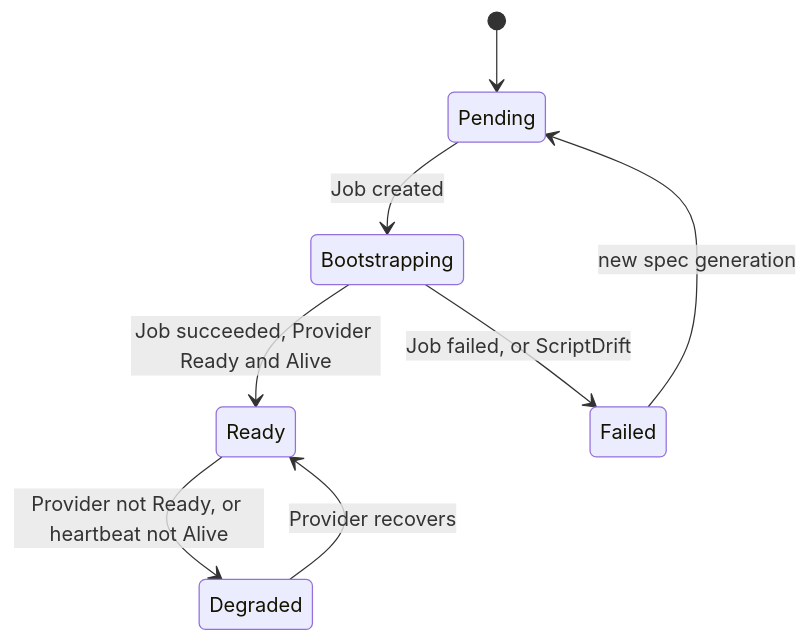
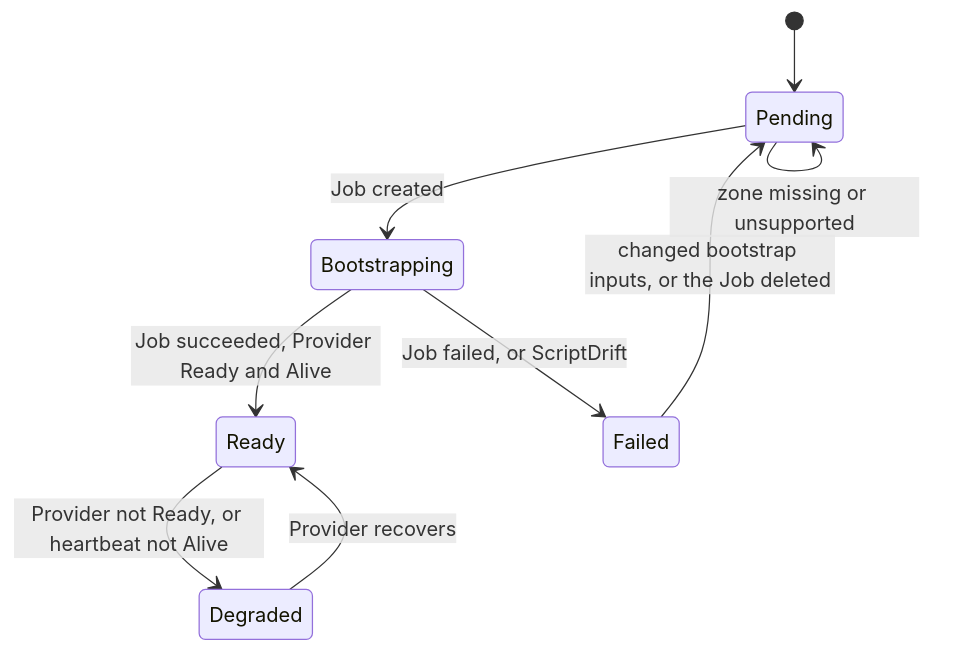
The second of 2 diagrams in docs/concepts.md (firestoned/faubourg), drawn with Mermaid before and after one commit. The commit also changed other lines of this file and 35 other files, not shown here.

First line of the commit message:
feat(controller): the Host reconciler (ADR-0009, roadmap 01) (#5)

````diff
--- a/docs/concepts.md
+++ b/docs/concepts.md
@@ -55,10 +55,11 @@
 ```mermaid
 stateDiagram-v2
     [*] --> Pending
     Pending --> Bootstrapping: Job created
     Bootstrapping --> Ready: Job succeeded, Provider Ready and Alive
     Bootstrapping --> Failed: Job failed, or ScriptDrift
     Ready --> Degraded: Provider not Ready, or heartbeat not Alive
     Degraded --> Ready: Provider recovers
-    Failed --> Pending: new spec generation
+    Pending --> Pending: zone missing or unsupported
+    Failed --> Pending: changed bootstrap inputs, or the Job deleted
 ```
````
